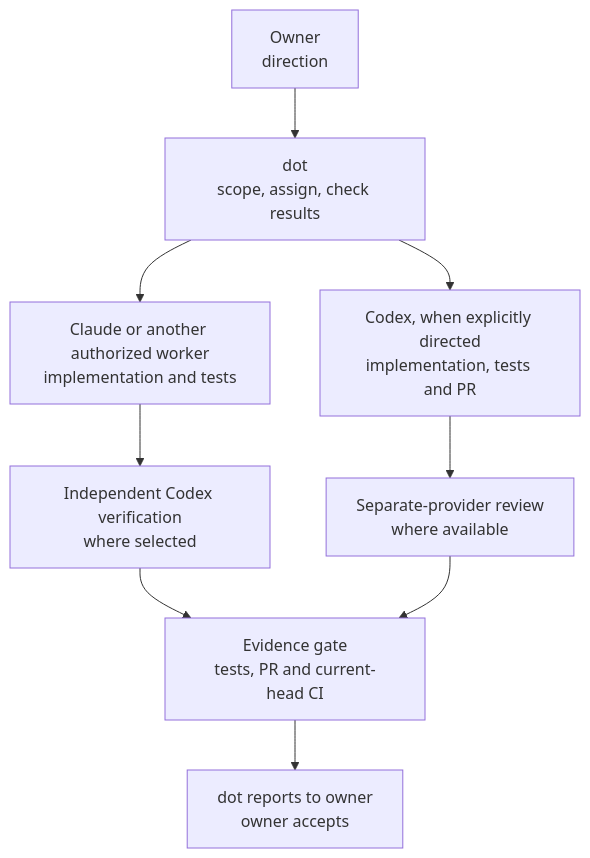
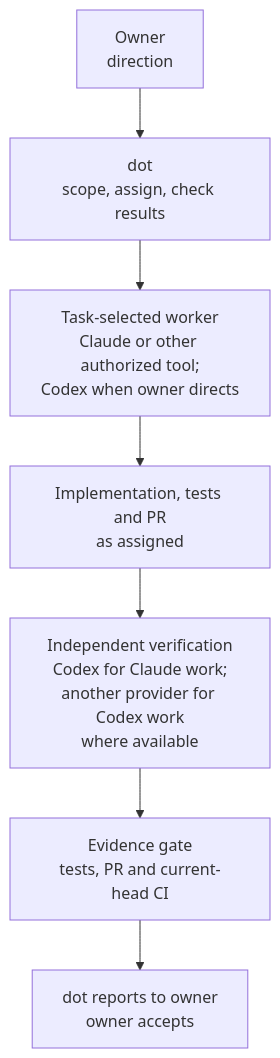
One commit to moruku36/multi-ai-workflow changed the diagram in tools/architecture/workflow.en.mmd. Above: the diagram before and after it, drawn with Mermaid. The commit also changed 5 other files, not shown here.

Commit message:
docs: improve narrow-screen diagram readability and source labeling

```diff
--- a/tools/architecture/workflow.en.mmd
+++ b/tools/architecture/workflow.en.mmd
@@ -1,9 +1,7 @@
 flowchart TB
     O["Owner<br/>direction"] --> D["dot<br/>scope, assign, check results"]
-    D --> C["Claude or another authorized worker<br/>implementation and tests"]
-    D --> X["Codex, when explicitly directed<br/>implementation, tests and PR"]
-    C --> V["Independent Codex verification<br/>where selected"]
-    X --> R["Separate-provider review<br/>where available"]
+    D --> W["Task-selected worker<br/>Claude or other authorized tool;<br/>Codex when owner directs"]
+    W --> I["Implementation, tests and PR<br/>as assigned"]
+    I --> V["Independent verification<br/>Codex for Claude work;<br/>another provider for Codex work<br/>where available"]
     V --> G["Evidence gate<br/>tests, PR and current-head CI"]
-    R --> G
     G --> F["dot reports to owner<br/>owner accepts"]
```
